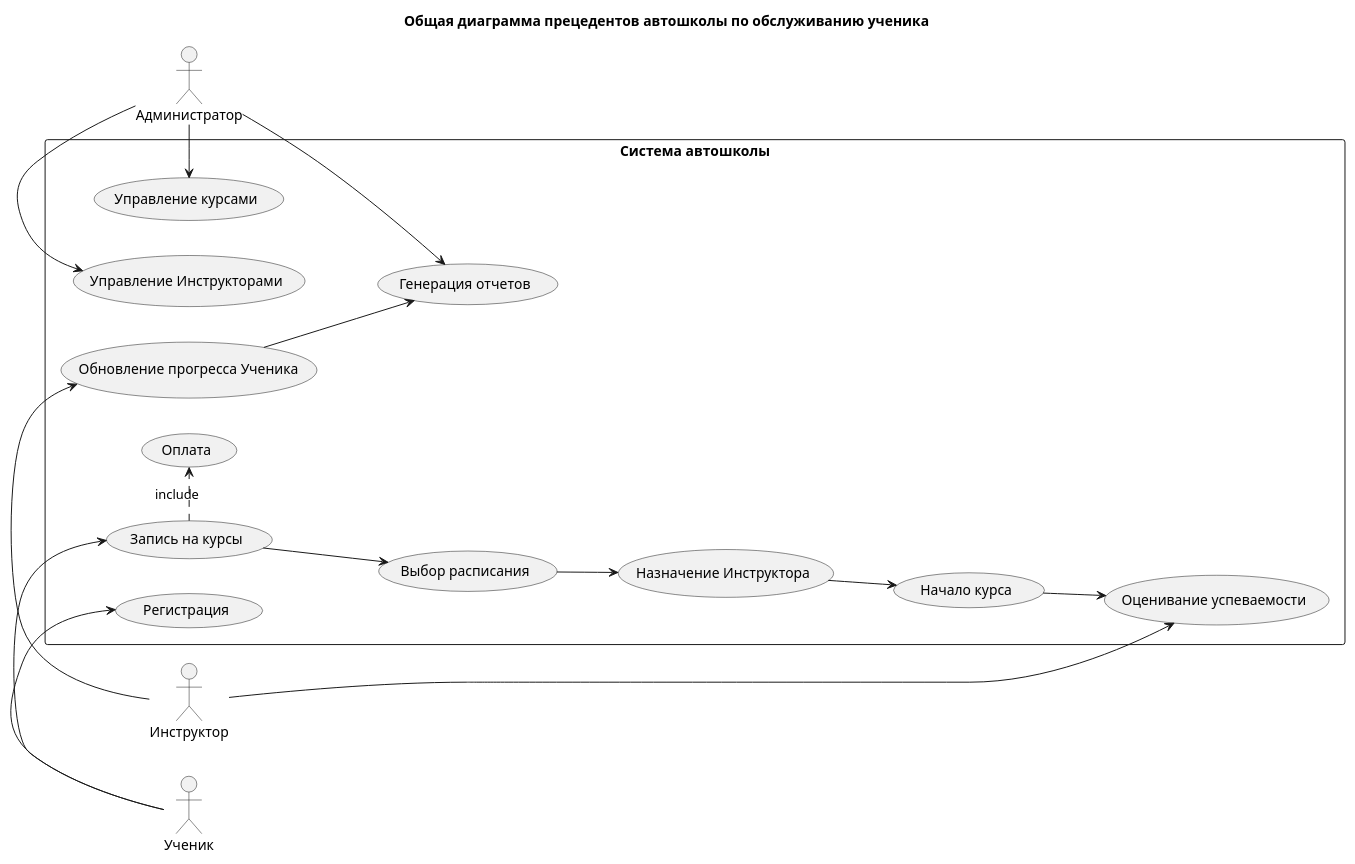
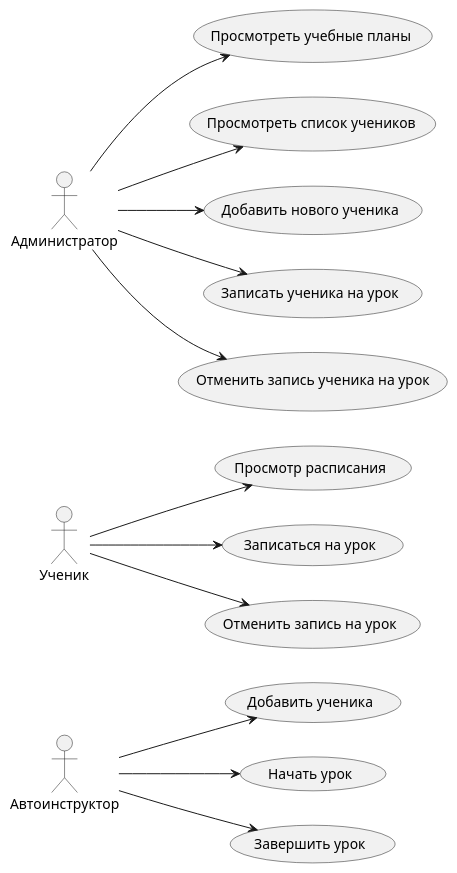
One commit to ghettoDdOS/driving-school-uml changed the diagram in use_case.puml. Above: the diagram before and after it, drawn with PlantUML. The commit also changed 20 other files, not shown here.

Commit message:
build: generate diagrams

```diff
--- a/use_case.puml
+++ b/use_case.puml
@@ -1,27 +1,21 @@
-@startuml "General use case diagram"
-title
-Общая диаграмма прецедентов автошколы по обслуживанию ученика
-end title
+@startuml
+:Автоинструктор: as AI
+:Ученик: as U
+:Администратор: as A
 
 left to right direction
 
-actor Ученик
-actor Инструктор
-actor Администратор
+AI --> (Добавить ученика)
+AI --> (Начать урок)
+AI --> (Завершить урок)
+U --> (Просмотр расписания)
+U --> (Записаться на урок)
+U --> (Отменить запись на урок)
+A --> (Просмотреть учебные планы)
+A --> (Просмотреть список учеников)
+A --> (Добавить нового ученика)
+A --> (Записать ученика на урок)
+A --> (Отменить запись ученика на урок)
 
-rectangle "Система автошколы" {
-  Ученик -> (Регистрация)
-  Ученик -> (Запись на курсы)
-  Инструктор -> (Оценивание успеваемости)
-  Инструктор -> (Обновление прогресса Ученика)
-  Администратор -> (Управление курсами)
-  Администратор -> (Управление Инструкторами)
-  Администратор -> (Генерация отчетов)
-  (Запись на курсы) .> (Оплата) : include
-  (Запись на курсы) --> (Выбор расписания)
-  (Выбор расписания) --> (Назначение Инструктора)
-  (Назначение Инструктора) --> (Начало курса)
-  (Начало курса) --> (Оценивание успеваемости)
-  (Обновление прогресса Ученика) --> (Генерация отчетов)
-}
+
 @enduml
```
